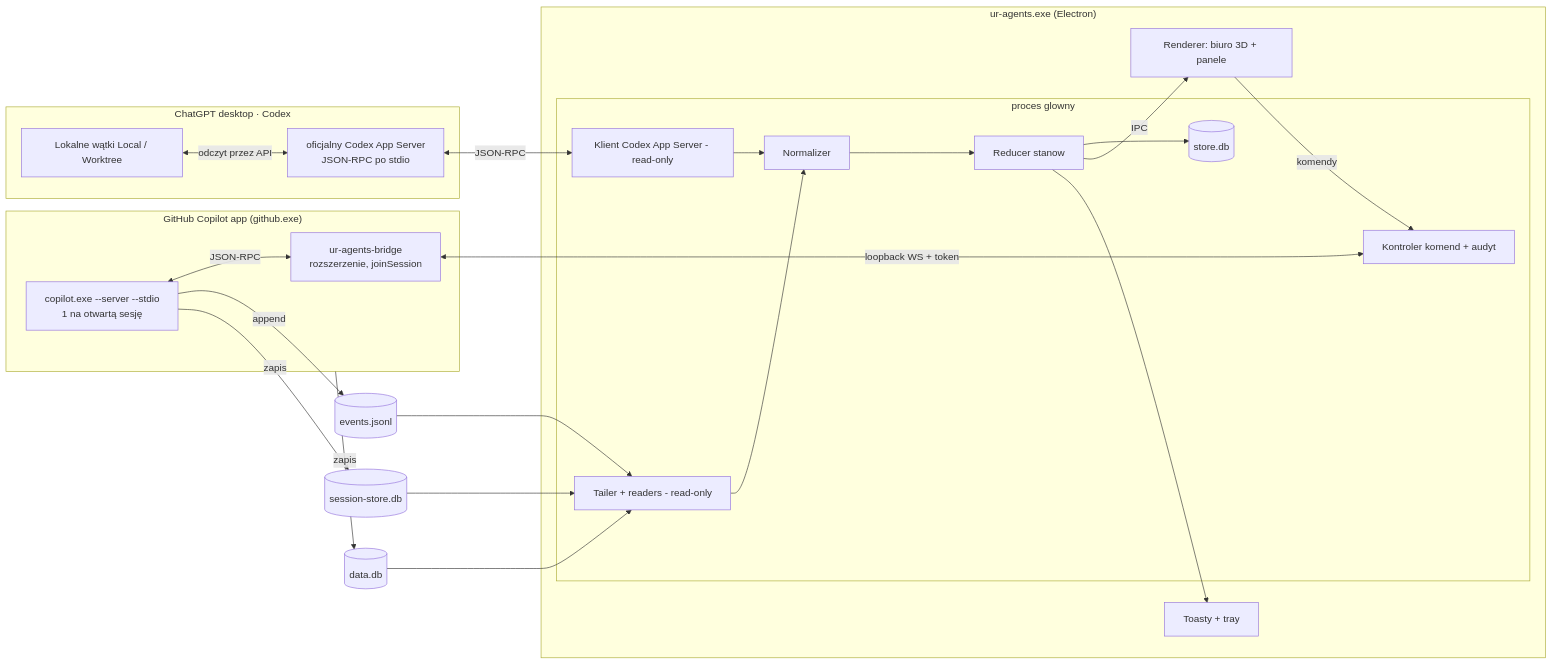
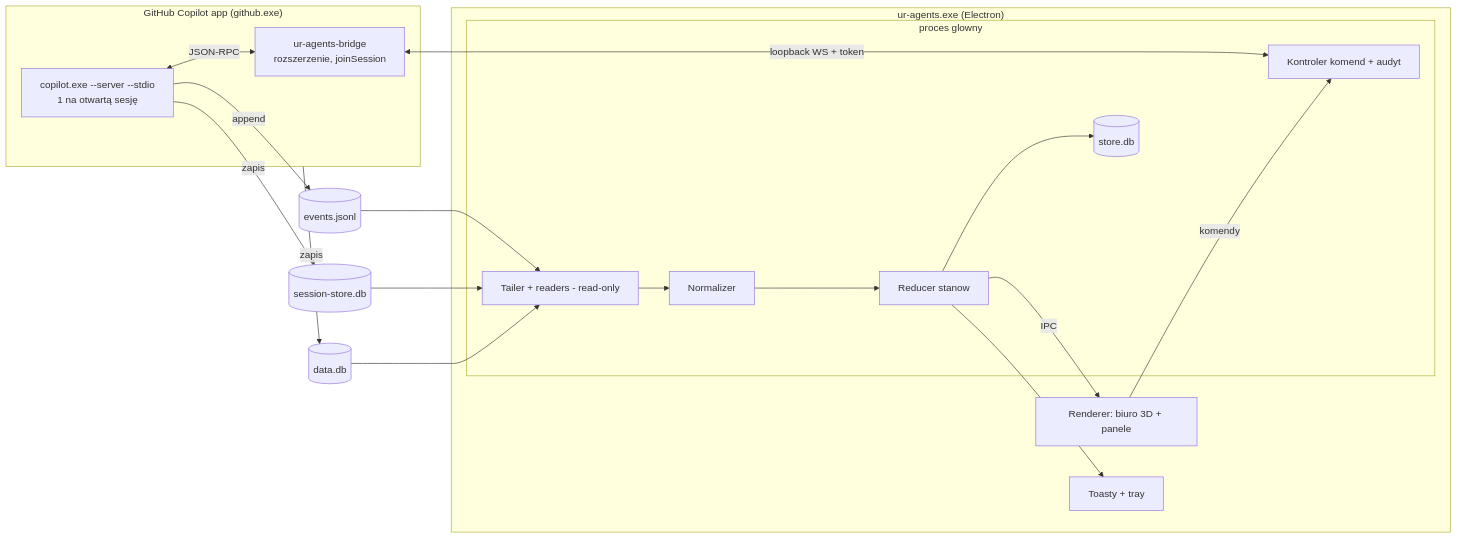
The diagram in docs/PLAN.md (xsqezz/Your_Agents_Github_Addon), drawn with Mermaid before and after one commit. The commit also changed other lines of this file and 24 other files, not shown here.

Commit message:
refactor: remove ChatGPT provider support

````diff
--- a/docs/PLAN.md
+++ b/docs/PLAN.md
@@ -50,31 +49,24 @@
 ```mermaid
 flowchart LR
   subgraph APP["GitHub Copilot app (github.exe)"]
     CLI["copilot.exe --server --stdio<br/>1 na otwartą sesję"]
     BR["ur-agents-bridge<br/>rozszerzenie, joinSession"]
     CLI <-- JSON-RPC --> BR
   end
-  subgraph CODEX["ChatGPT desktop · Codex"]
-    THREADS["Lokalne wątki Local / Worktree"]
-    CAS["oficjalny Codex App Server<br/>JSON-RPC po stdio"]
-    THREADS <-- odczyt przez API --> CAS
-  end
   CLI -- append --> EV[("events.jsonl")]
   CLI -- zapis --> SS[("session-store.db")]
   APP -- zapis --> DD[("data.db")]
   subgraph EXE["ur-agents.exe (Electron)"]
     subgraph MAIN["proces glowny"]
       T["Tailer + readers - read-only"] --> N["Normalizer"] --> R["Reducer stanow"] --> ST[("store.db")]
-      C["Klient Codex App Server - read-only"] --> N
       CTL["Kontroler komend + audyt"]
     end
     R -- IPC --> UI["Renderer: biuro 3D + panele"]
     UI -- komendy --> CTL
     R --> TOAST["Toasty + tray"]
   end
   EV --> T
   SS --> T
   DD --> T
   BR <-- loopback WS + token --> CTL
-  CAS <-- JSON-RPC --> C
 ```
````
